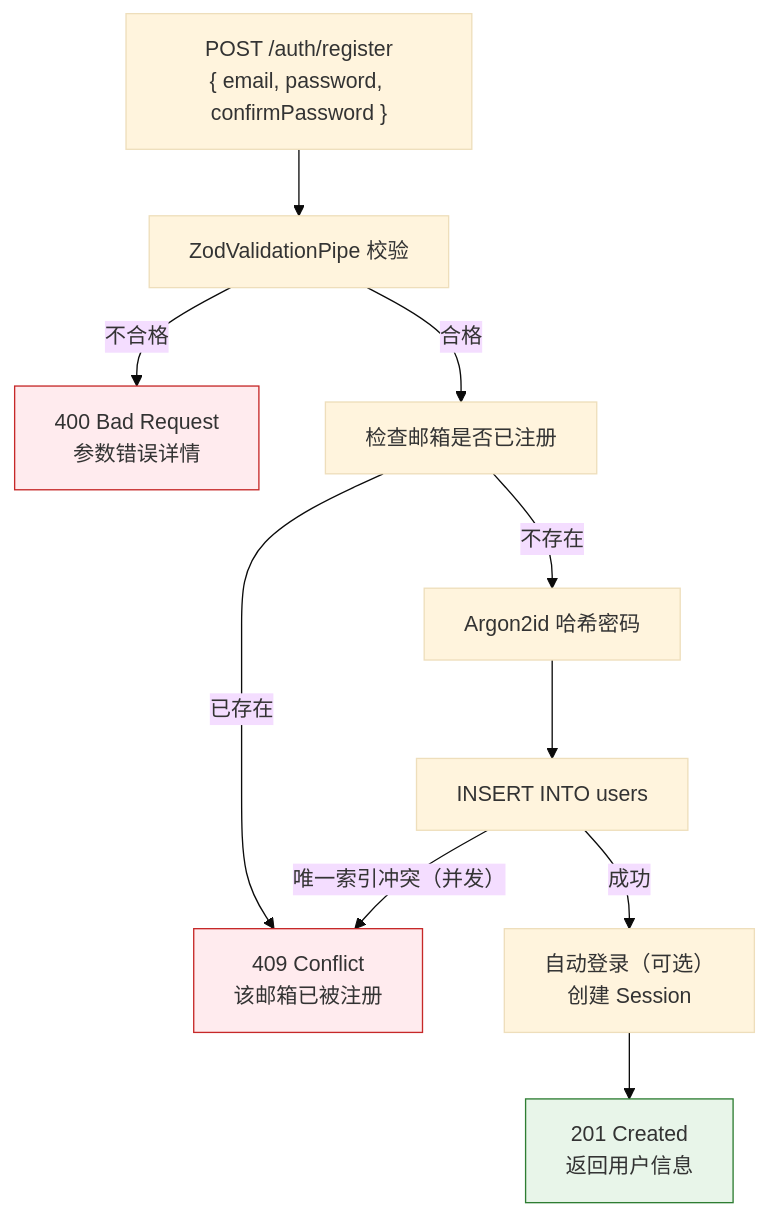
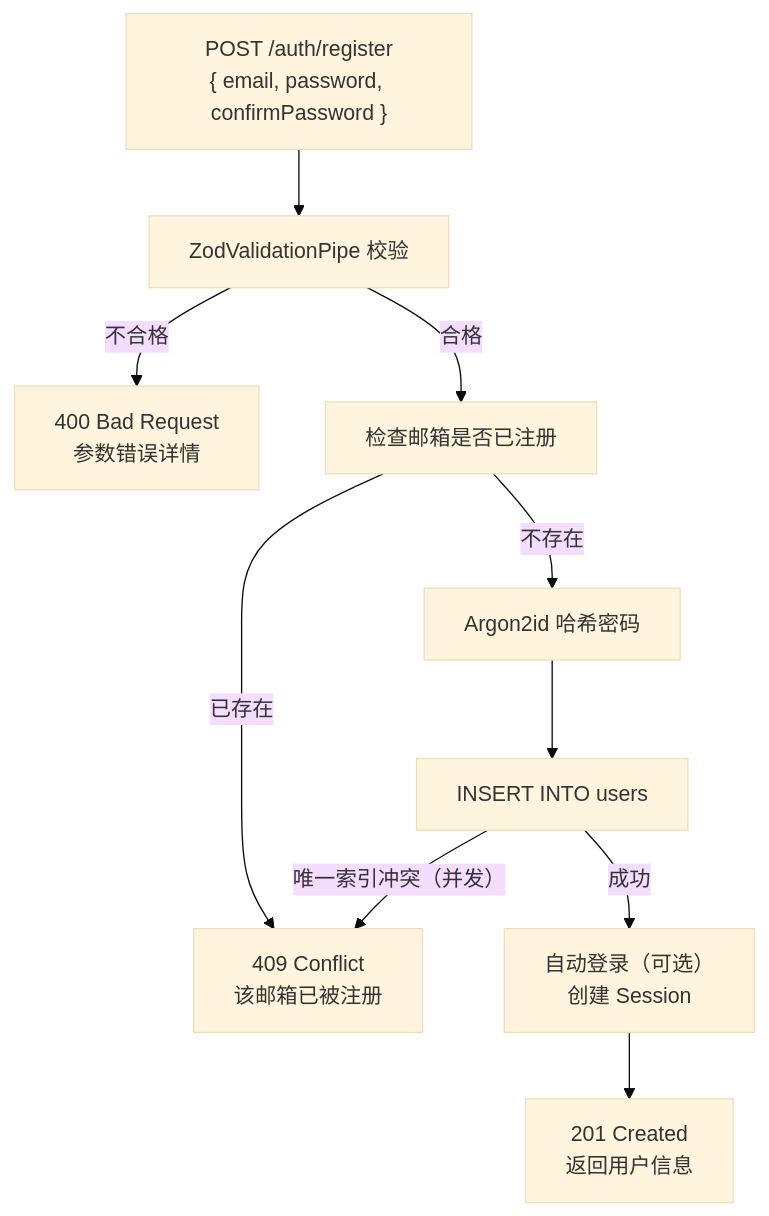
Before and after one commit to luohuidong/auth-tutorial: the second of 3 diagrams in docs/register-login-api.md, drawn with Mermaid (base theme). The commit also changed other lines of this file and 8 other files, not shown here.

First line of the commit message:
docs: 移除 mermaid 图表硬编码颜色以兼容 light/dark theme

````diff
--- a/docs/register-login-api.md
+++ b/docs/register-login-api.md
@@ -246,16 +243,13 @@
 ```mermaid
 flowchart TD
     A["POST /auth/register\n{ email, password, confirmPassword }"] --> B["ZodValidationPipe 校验"]
     B -->|"不合格"| E1["400 Bad Request\n参数错误详情"]
     B -->|"合格"| C["检查邮箱是否已注册"]
     C -->|"已存在"| E2["409 Conflict\n该邮箱已被注册"]
     C -->|"不存在"| D["Argon2id 哈希密码"]
     D --> F["INSERT INTO users"]
     F -->|"唯一索引冲突（并发）"| E2
     F -->|"成功"| G["自动登录（可选）\n创建 Session"]
     G --> H["201 Created\n返回用户信息"]
 
-    style E1 fill:#ffebee,stroke:#c62828
-    style E2 fill:#ffebee,stroke:#c62828
-    style H fill:#e8f5e9,stroke:#2e7d32
 ```
````
